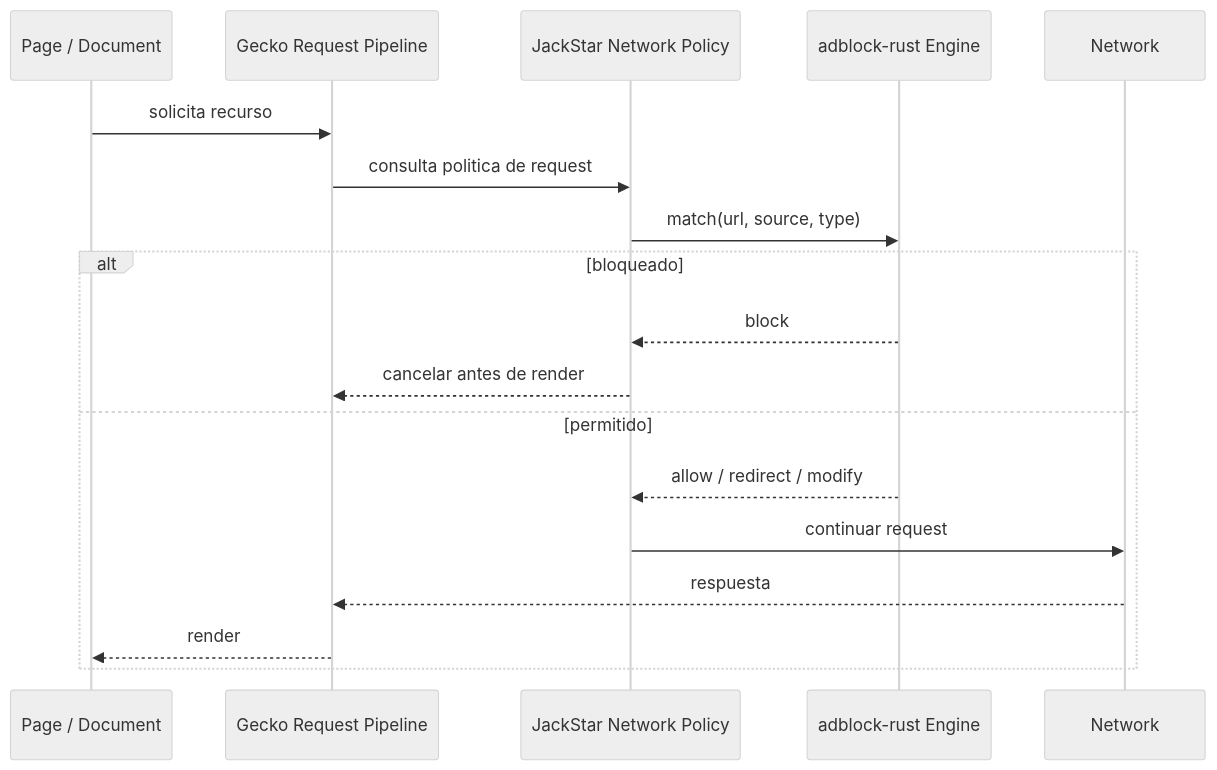
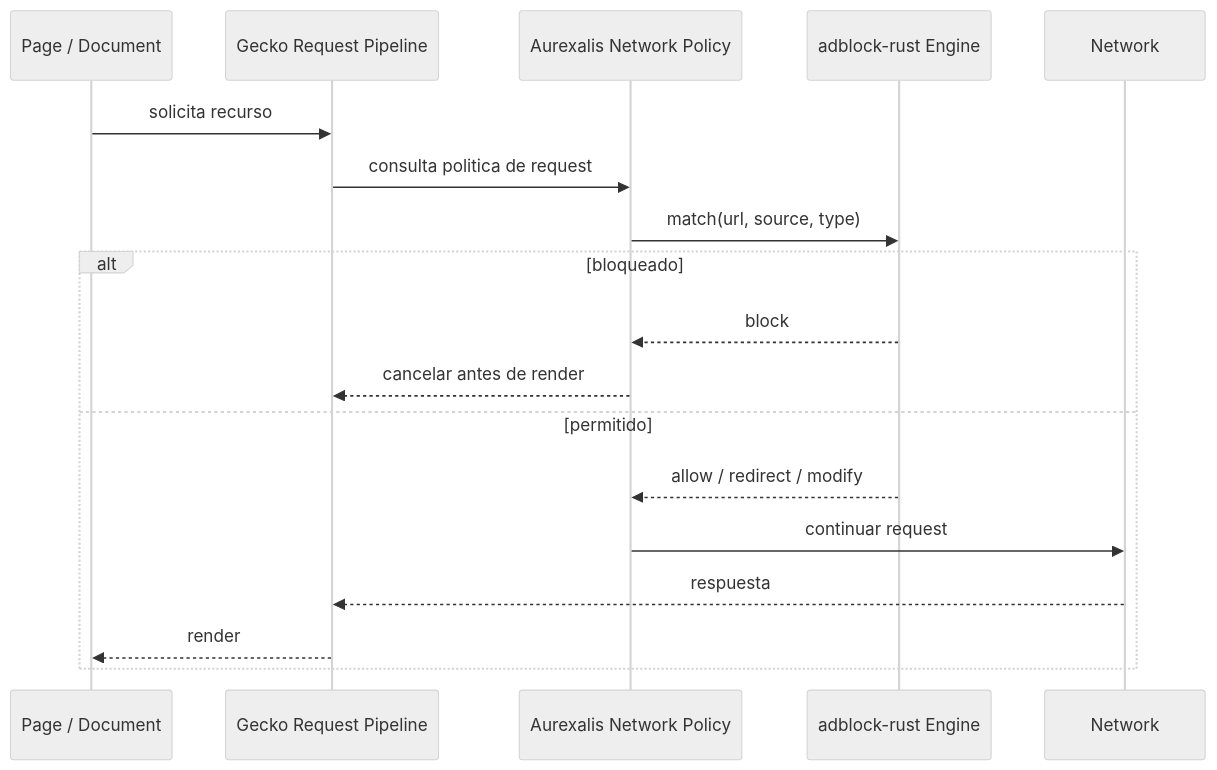
The second of 4 diagrams in README.md (JackStar6677-1/Aurexalis), drawn with Mermaid (neutral theme) before and after one commit. The commit also changed other lines of this file and 1 other file, not shown here.

Commit message:
docs: renombra proyecto a Aurexalis

````diff
--- a/README.md
+++ b/README.md
@@ -98,21 +102,21 @@
 ```mermaid
 sequenceDiagram
   participant Page as Page / Document
   participant Gecko as Gecko Request Pipeline
-  participant Policy as JackStar Network Policy
+  participant Policy as Aurexalis Network Policy
   participant Blocker as adblock-rust Engine
   participant Net as Network
 
   Page->>Gecko: solicita recurso
   Gecko->>Policy: consulta politica de request
   Policy->>Blocker: match(url, source, type)
   alt bloqueado
     Blocker-->>Policy: block
     Policy-->>Gecko: cancelar antes de render
   else permitido
     Blocker-->>Policy: allow / redirect / modify
     Policy->>Net: continuar request
     Net-->>Gecko: respuesta
     Gecko-->>Page: render
   end
 ```
````
